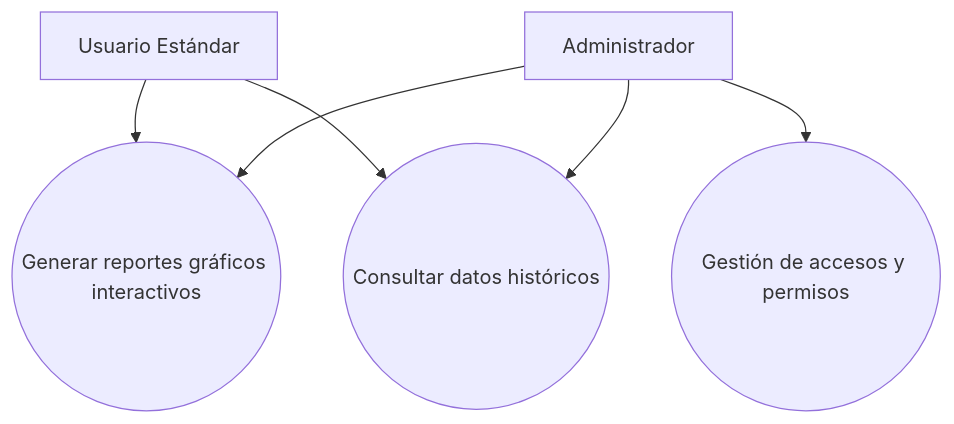
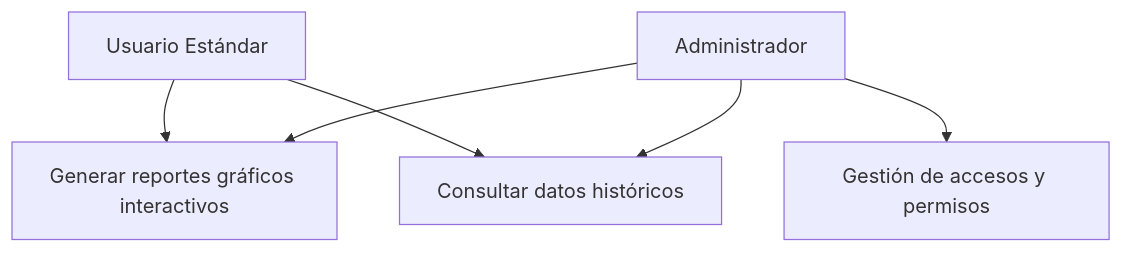
The second of 4 diagrams in FD03-EPIS-Informe Especificación Requerimientos.md (UPT-FAING-EPIS/proyecto-si885-2024-ii-u2-tg04lunaquispemamanihernandezmeza), drawn with Mermaid before and after one commit.

Commit message:
Update FD03-EPIS-Informe Especificación Requerimientos.md

````diff
--- a/FD03-EPIS-Informe Especificación Requerimientos.md
+++ b/FD03-EPIS-Informe Especificación Requerimientos.md
@@ -256,20 +256,21 @@
 ```mermaid
 graph TD
     %% Definición de los actores
     A[Usuario Estándar]
     B[Administrador]
 
-    %% Definición de los casos de uso con forma ovalada
-    C((Generar reportes gráficos interactivos))
-    D((Consultar datos históricos))
-    E((Gestión de accesos y permisos))
+    %% Definición de los casos de uso
+    C[Generar reportes gráficos interactivos]
+    D[Consultar datos históricos]
+    E[Gestión de accesos y permisos]
 
     %% Conexiones
     A --> C
     A --> D
     B --> C
     B --> D
     B --> E
 
 
+
 ```
````
